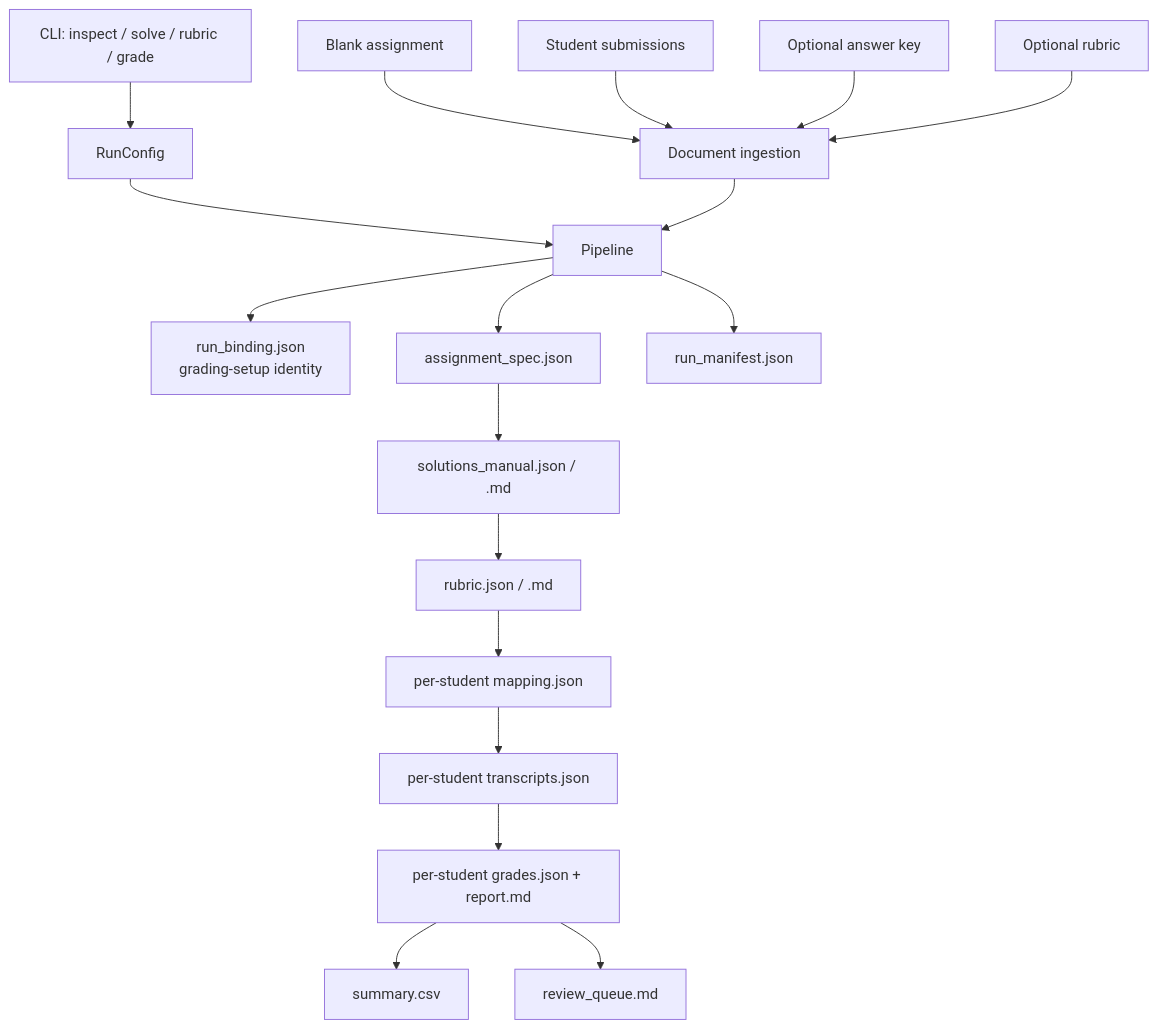
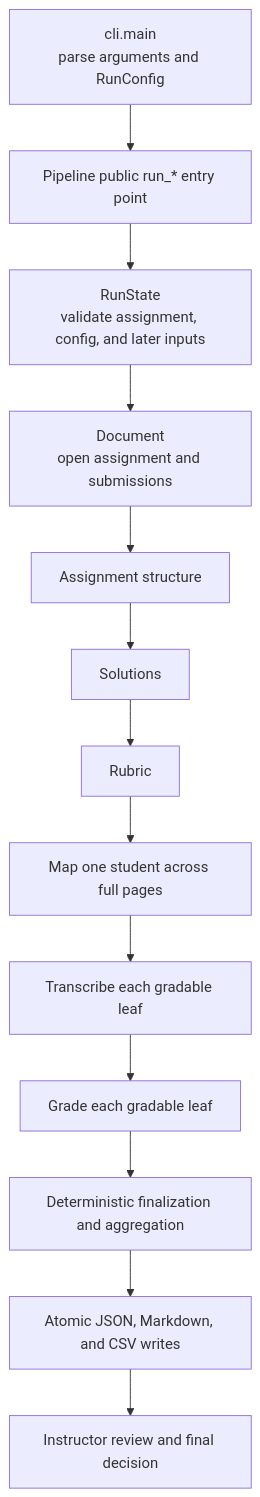
The first of 3 diagrams in docs/architecture.md (johnswyou/autograder), drawn with Mermaid before and after one commit. The commit also changed other lines of this file, not shown here.

Commit message:
docs: rewrite architecture around runtime

````diff
--- a/docs/architecture.md
+++ b/docs/architecture.md
@@ -45,23 +35,15 @@
 ```mermaid
 flowchart TD
-  CLI["CLI: inspect / solve / rubric / grade"] --> CFG["RunConfig"]
-  CFG --> P["Pipeline"]
-
-  A["Blank assignment"] --> I["Document ingestion"]
-  S["Student submissions"] --> I
-  K["Optional answer key"] --> I
-  R0["Optional rubric"] --> I
-
-  I --> P
-  P --> SETUP["run_binding.json<br/>grading-setup identity"]
-  P --> SPEC["assignment_spec.json"]
-  SPEC --> SOL["solutions_manual.json / .md"]
-  SOL --> RUB["rubric.json / .md"]
-  RUB --> MAP["per-student mapping.json"]
-  MAP --> OCR["per-student transcripts.json"]
-  OCR --> GRADES["per-student grades.json + report.md"]
-
-  GRADES --> SUMMARY["summary.csv"]
-  GRADES --> REVIEW["review_queue.md"]
-  P --> MANIFEST["run_manifest.json"]
+  CLI["cli.main<br/>parse arguments and RunConfig"] --> PIPE["Pipeline public run_* entry point"]
+  PIPE --> BIND["RunState<br/>validate assignment, config, and later inputs"]
+  BIND --> DOC["Document<br/>open assignment and submissions"]
+  DOC --> SPEC["Assignment structure"]
+  SPEC --> SOL["Solutions"]
+  SOL --> RUB["Rubric"]
+  RUB --> MAP["Map one student across full pages"]
+  MAP --> OCR["Transcribe each gradable leaf"]
+  OCR --> GRADE["Grade each gradable leaf"]
+  GRADE --> POST["Deterministic finalization and aggregation"]
+  POST --> FILES["Atomic JSON, Markdown, and CSV writes"]
+  FILES --> HUMAN["Instructor review and final decision"]
 ```
````
